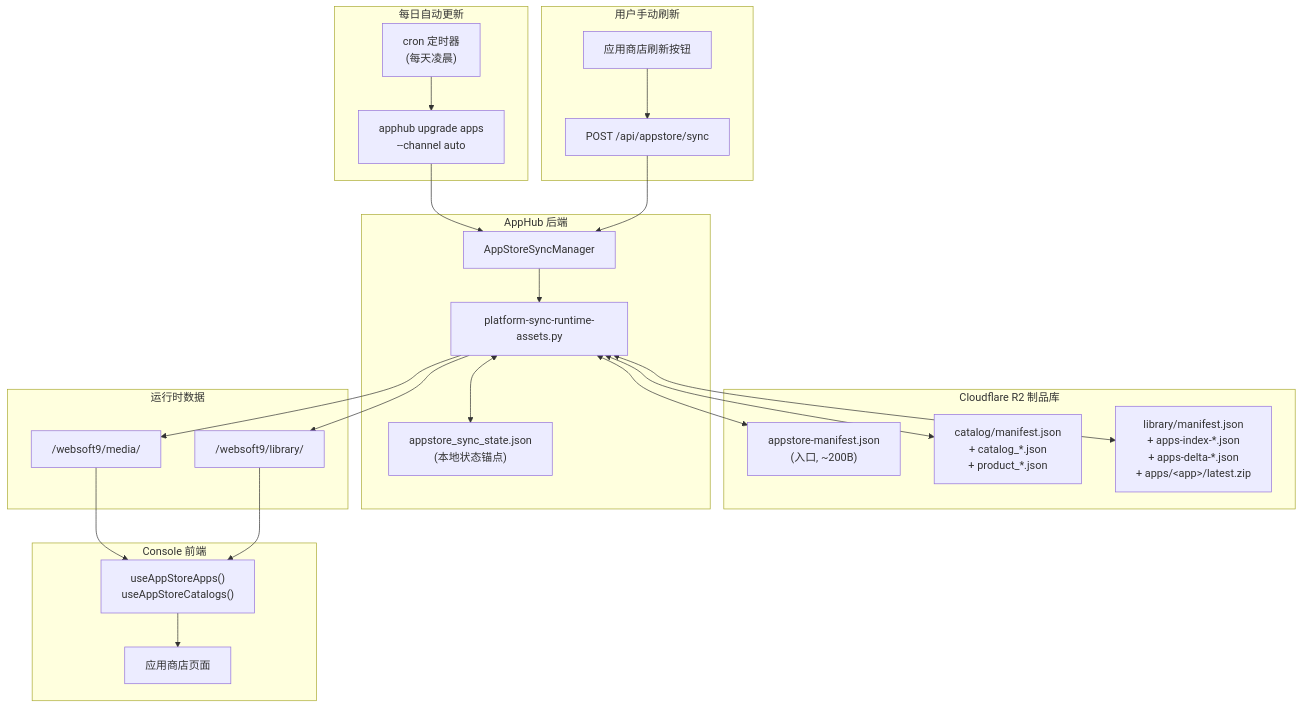
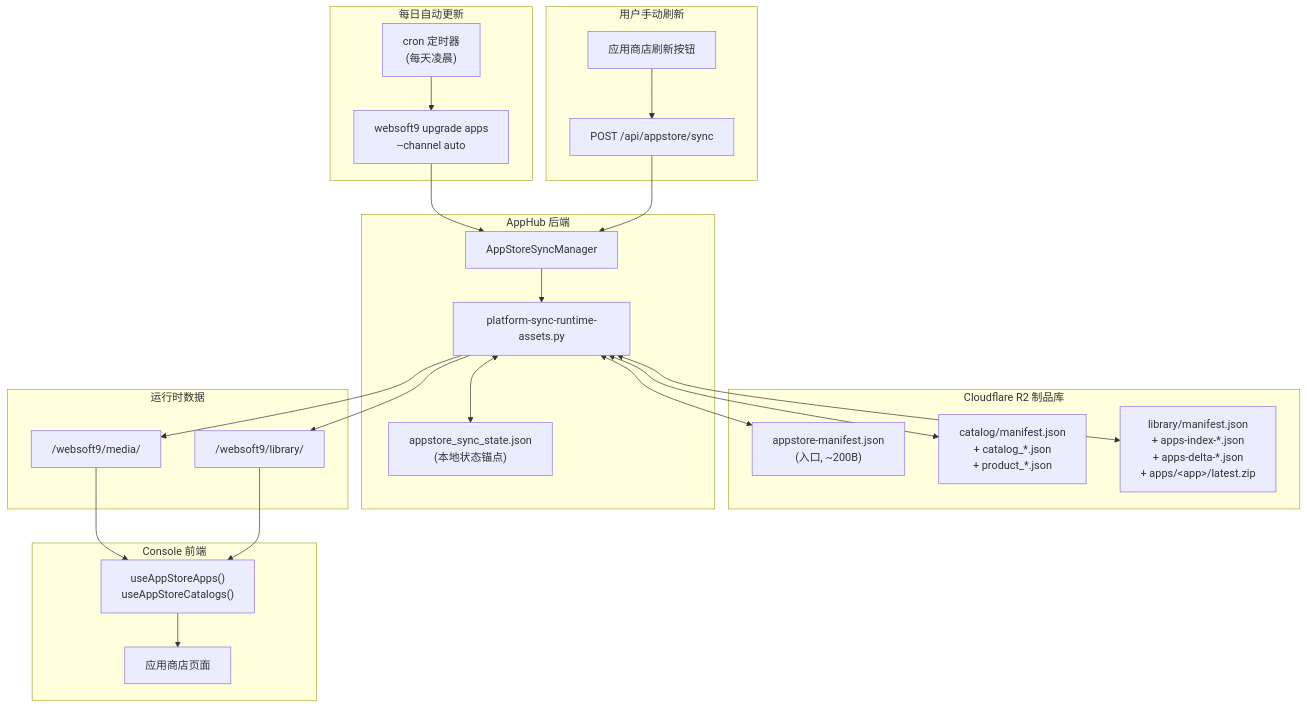
One commit to Websoft9/websoft9 changed the first of 2 diagrams in docs/notes/app-store-refresh-upgrade-design.md. Above: the diagram before and after it, drawn with Mermaid. The commit also changed other lines of this file and 25 other files, not shown here.

````diff
--- a/docs/notes/app-store-refresh-upgrade-design.md
+++ b/docs/notes/app-store-refresh-upgrade-design.md
@@ -269,49 +269,49 @@
 ```mermaid
 flowchart TB
     subgraph R2["Cloudflare R2 制品库"]
         MANIFEST["appstore-manifest.json\n(入口, ~200B)"]
         CATALOG["catalog/manifest.json\n+ catalog_*.json\n+ product_*.json"]
         LIBRARY["library/manifest.json\n+ apps-index-*.json\n+ apps-delta-*.json\n+ apps/&lt;app&gt;/latest.zip"]
     end
 
     subgraph CRON["每日自动更新"]
         TIMER["cron 定时器\n(每天凌晨)"]
-        CLI["apphub upgrade apps\n--channel auto"]
+        CLI["websoft9 upgrade apps\n--channel auto"]
     end
 
     subgraph MANUAL["用户手动刷新"]
         BTN["应用商店刷新按钮"]
         API["POST /api/appstore/sync"]
     end
 
     subgraph BACKEND["AppHub 后端"]
         SYNC_MGR["AppStoreSyncManager"]
         SYNC_SCRIPT["platform-sync-runtime-assets.py"]
         STATE["appstore_sync_state.json\n(本地状态锚点)"]
     end
 
     subgraph RUNTIME["运行时数据"]
         MEDIA["/websoft9/media/"]
         LIB["/websoft9/library/"]
     end
 
     subgraph FRONTEND["Console 前端"]
         HOOK["useAppStoreApps()\nuseAppStoreCatalogs()"]
         PAGE["应用商店页面"]
     end
 
     TIMER --> CLI
     CLI --> SYNC_MGR
     BTN --> API
     API --> SYNC_MGR
     SYNC_MGR --> SYNC_SCRIPT
     SYNC_SCRIPT <--> MANIFEST
     SYNC_SCRIPT <--> CATALOG
     SYNC_SCRIPT <--> LIBRARY
     SYNC_SCRIPT <--> STATE
     SYNC_SCRIPT --> MEDIA
     SYNC_SCRIPT --> LIB
     MEDIA --> HOOK
     LIB --> HOOK
     HOOK --> PAGE
 ```
````
